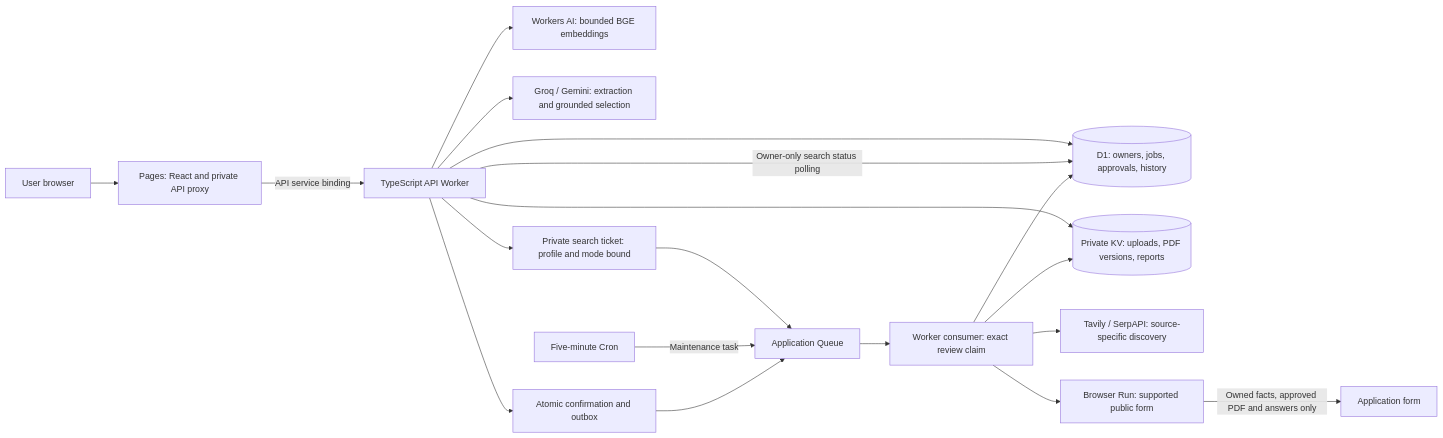
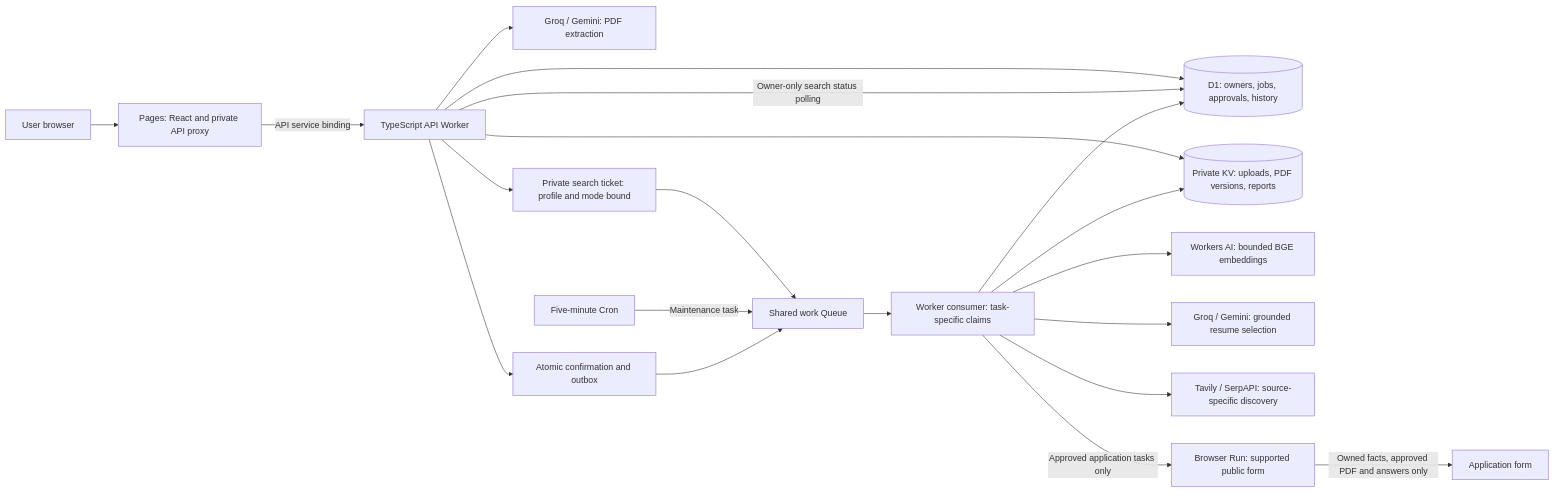
The first of 2 diagrams in docs/architecture.md (pankajbaid567/hireflow), drawn with Mermaid before and after one commit. The commit also changed other lines of this file and 14 other files, not shown here.

Commit message:
docs: close P1 with production evidence, roadmap and published demo

````diff
--- a/docs/architecture.md
+++ b/docs/architecture.md
@@ -11,21 +11,22 @@
 ```mermaid
 flowchart LR
   U[User browser] --> P[Pages: React and private API proxy]
   P -->|API service binding| W[TypeScript API Worker]
   W --> D[(D1: owners, jobs, approvals, history)]
   W --> K[(Private KV: uploads, PDF versions, reports)]
-  W --> A[Workers AI: bounded BGE embeddings]
-  W --> G[Groq / Gemini: extraction and grounded selection]
+  C --> A[Workers AI: bounded BGE embeddings]
+  W --> G[Groq / Gemini: PDF extraction]
+  C --> L[Groq / Gemini: grounded resume selection]
   W --> S[Private search ticket: profile and mode bound]
   S --> Q
   C --> T[Tavily / SerpAPI: source-specific discovery]
   W -->|Owner-only search status polling| D
   CR[Five-minute Cron] -->|Maintenance task| Q
   W --> O[Atomic confirmation and outbox]
-  O --> Q[Application Queue]
-  Q --> C[Worker consumer: exact review claim]
-  C --> B[Browser Run: supported public form]
+  O --> Q[Shared work Queue]
+  Q --> C[Worker consumer: task-specific claims]
+  C -->|Approved application tasks only| B[Browser Run: supported public form]
   B -->|Owned facts, approved PDF and answers only| F[Application form]
   C --> D
   C --> K
 ```
````
